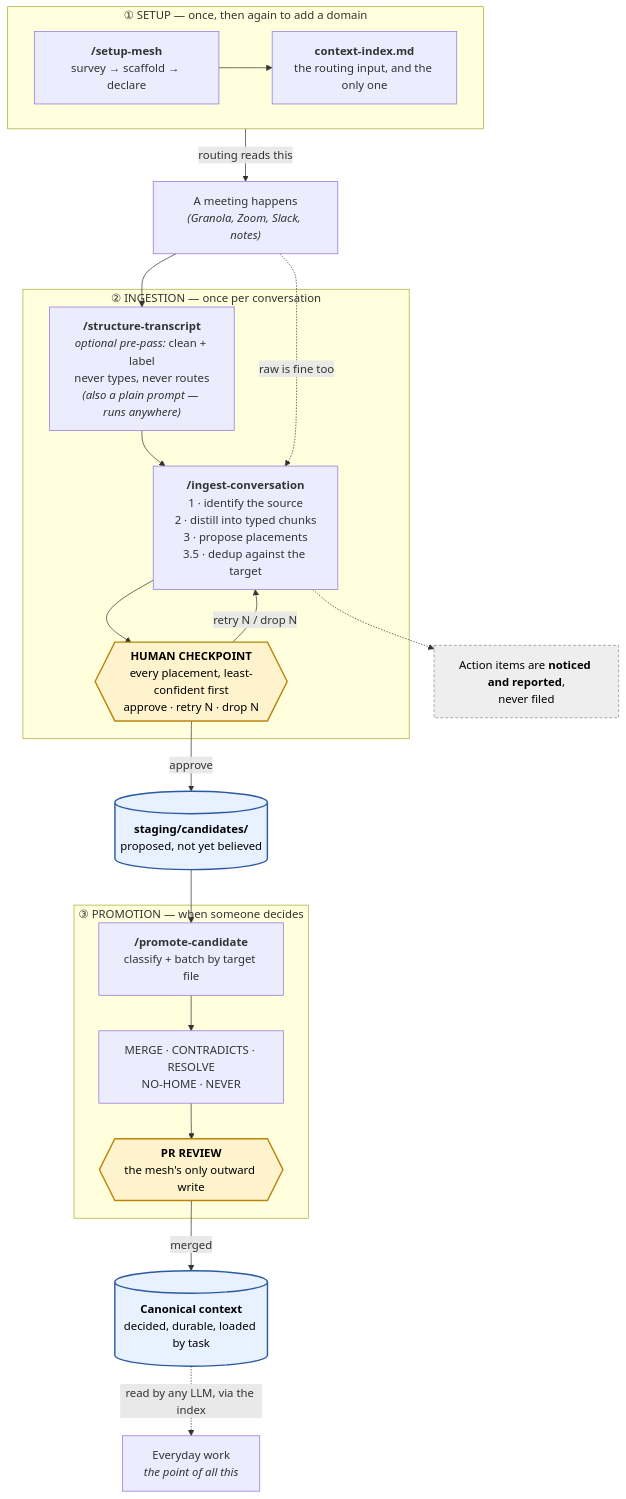
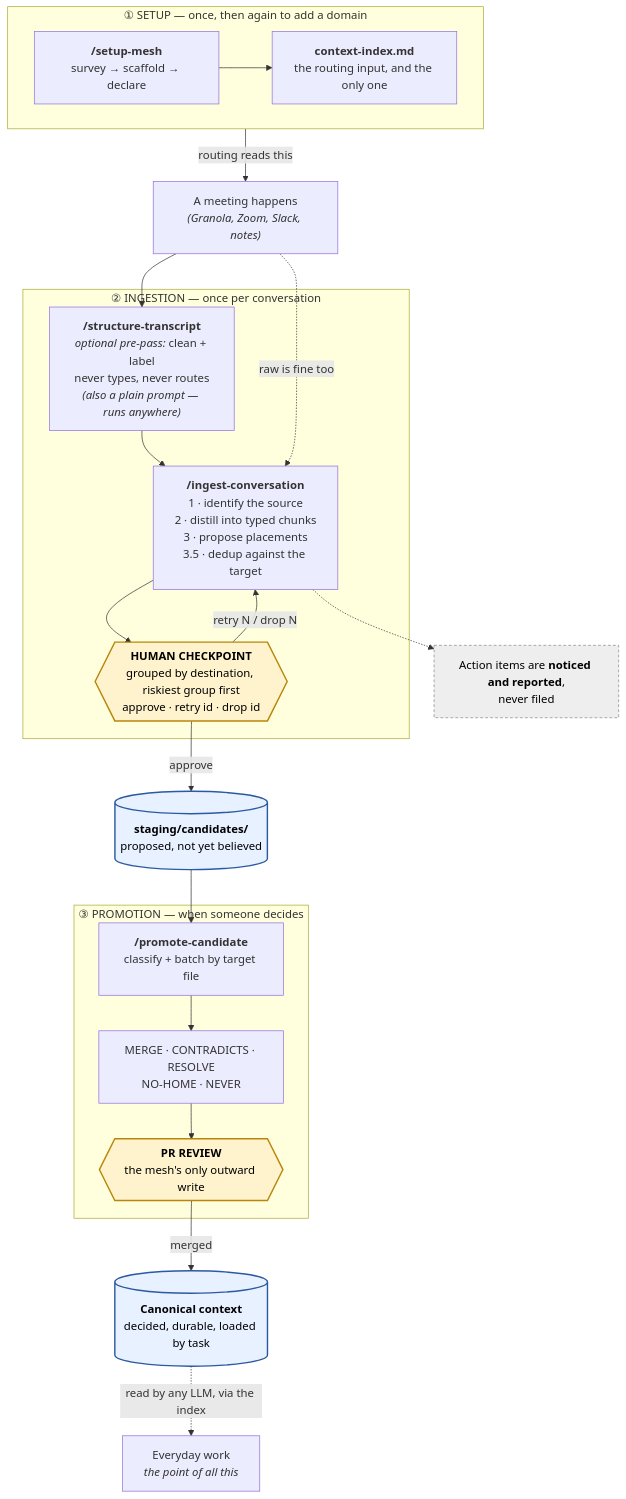
The first of 2 diagrams in docs/how-it-works.md (mitchell-ee/context-mesh-claude), drawn with Mermaid before and after one commit. The commit also changed other lines of this file and 5 other files, not shown here.

````diff
--- a/docs/how-it-works.md
+++ b/docs/how-it-works.md
@@ -22,47 +22,47 @@
 ```mermaid
 flowchart TD
     subgraph SETUP["① SETUP — once, then again to add a domain"]
         direction LR
         S1["<b>/setup-mesh</b><br/>survey → scaffold → declare"] --> S2["<b>context-index.md</b><br/>the routing input, and the only one"]
     end
 
     M["A meeting happens<br/><i>(Granola, Zoom, Slack, notes)</i>"]
 
     subgraph INGEST["② INGESTION — once per conversation"]
         P["<b>/structure-transcript</b><br/><i>optional pre-pass:</i> clean + label<br/>never types, never routes<br/><i>(also a plain prompt — runs anywhere)</i>"]
         I1["<b>/ingest-conversation</b><br/>1 · identify the source<br/>2 · distill into typed chunks<br/>3 · propose placements<br/>3.5 · dedup against the target"]
-        GATE1{{"<b>HUMAN CHECKPOINT</b><br/>every placement, least-confident first<br/>approve · retry N · drop N"}}
+        GATE1{{"<b>HUMAN CHECKPOINT</b><br/>grouped by destination, riskiest group first<br/>approve · retry id · drop id"}}
         P --> I1
         I1 --> GATE1
         GATE1 -->|"retry N / drop N"| I1
     end
 
     ST[("<b>staging/candidates/</b><br/>proposed, not yet believed")]
 
     subgraph PROMOTE["③ PROMOTION — when someone decides"]
         C["<b>/promote-candidate</b><br/>classify + batch by target file"]
         V["MERGE · CONTRADICTS · RESOLVE<br/>NO-HOME · NEVER"]
         GATE2{{"<b>PR REVIEW</b><br/>the mesh's only outward write"}}
         C --> V --> GATE2
     end
 
     CANON[("<b>Canonical context</b><br/>decided, durable, loaded by task")]
     USE["Everyday work<br/><i>the point of all this</i>"]
     TODO["Action items are <b>noticed and reported</b>,<br/>never filed"]
 
     S2 -->|"routing reads this"| M
     M --> P
     M -.->|"raw is fine too"| I1
     GATE1 -->|approve| ST
     ST --> C
     GATE2 -->|merged| CANON
     CANON -.->|"read by any LLM, via the index"| USE
     I1 -.-> TODO
 
     classDef gate fill:#fff3cd,stroke:#b8860b,stroke-width:2px,color:#000
     classDef store fill:#e7f1ff,stroke:#2c5aa0,stroke-width:2px,color:#000
     classDef out fill:#eee,stroke:#888,stroke-dasharray:4 3,color:#000
     class GATE1,GATE2 gate
     class ST,CANON store
     class TODO out
 ```
````
